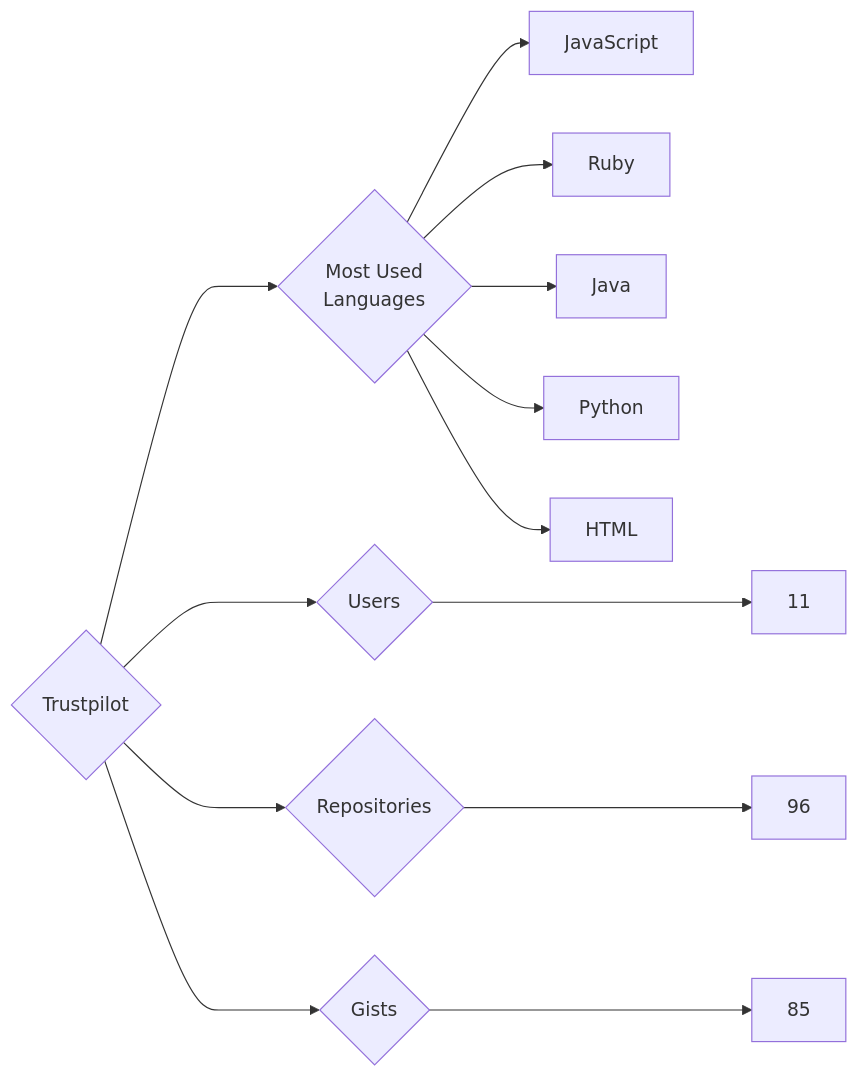
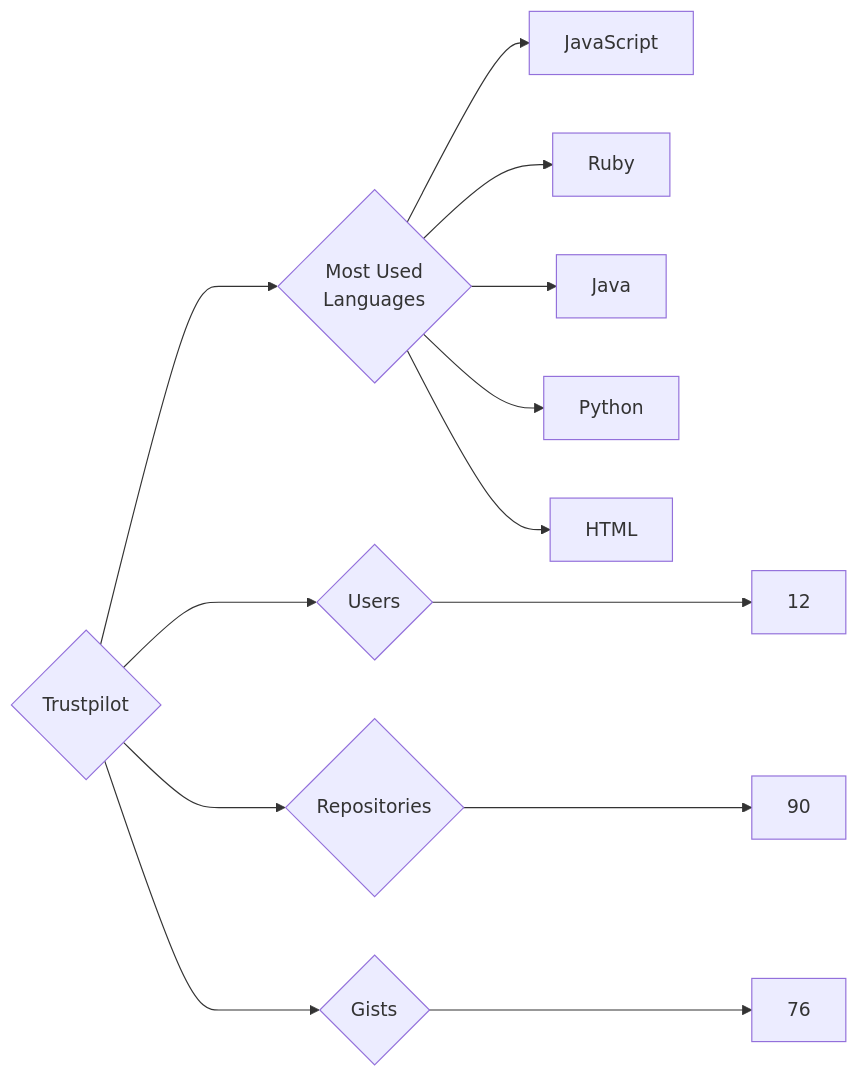
One commit to trickest/insiders changed the diagram in targets/Trustpilot/README.md. Above: the diagram before and after it, drawn with Mermaid. The commit also changed 920 other files, not shown here.

````diff
--- a/targets/Trustpilot/README.md
+++ b/targets/Trustpilot/README.md
@@ -3,13 +3,13 @@
 ```mermaid
 graph LR
 COMPANY_NAME{Trustpilot}
-COMPANY_NAME ---> U{Users} ---> UN[11]
-COMPANY_NAME ---> R{Repositories} ---> RN[96]
-COMPANY_NAME ---> G{Gists} ---> GN[85]
+COMPANY_NAME ---> U{Users} ---> UN[12]
+COMPANY_NAME ---> R{Repositories} ---> RN[90]
+COMPANY_NAME ---> G{Gists} ---> GN[76]
 COMPANY_NAME ---> ML{Most Used<br>Languages}
 ML --> JavaScript[JavaScript]
 ML --> Ruby[Ruby]
 ML --> Java[Java]
 ML --> Python[Python]
 ML --> HTML[HTML]
 ```
````
